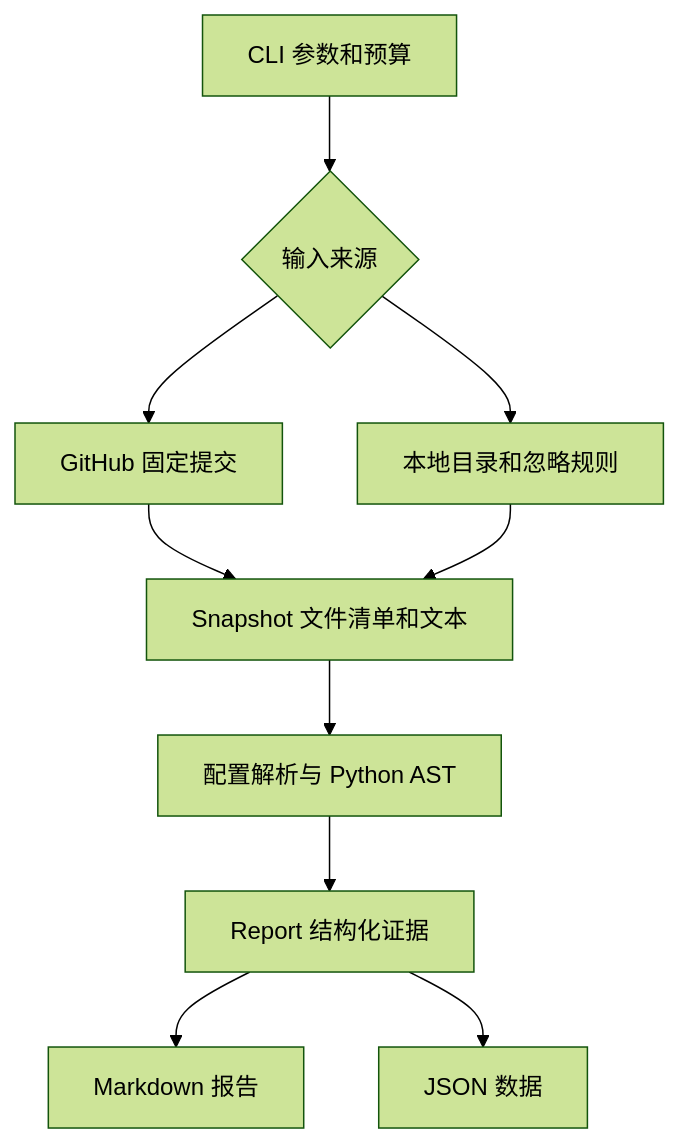
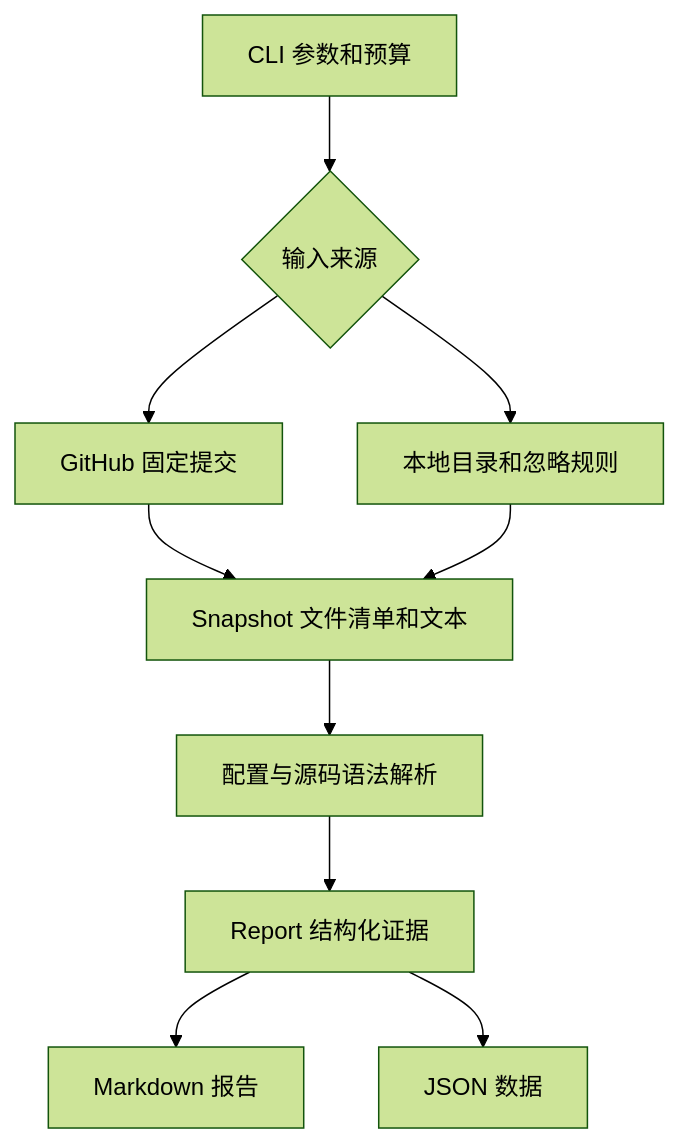
One commit to Away409/RepoLens changed the diagram in docs/ARCHITECTURE.md. Above: the diagram before and after it, drawn with Mermaid (forest theme). The commit also changed other lines of this file, not shown here.

First line of the commit message:
Update docs/ARCHITECTURE.md for RepoLens 0.3.0 [skip ci]

````diff
--- a/docs/ARCHITECTURE.md
+++ b/docs/ARCHITECTURE.md
@@ -9,12 +9,12 @@
 ```mermaid
 flowchart TD
   A[CLI 参数和预算] --> B{输入来源}
   B --> C[GitHub 固定提交]
   B --> D[本地目录和忽略规则]
   C --> E[Snapshot 文件清单和文本]
   D --> E
-  E --> F[配置解析与 Python AST]
+  E --> F[配置与源码语法解析]
   F --> G[Report 结构化证据]
   G --> H[Markdown 报告]
   G --> I[JSON 数据]
 ```
````
